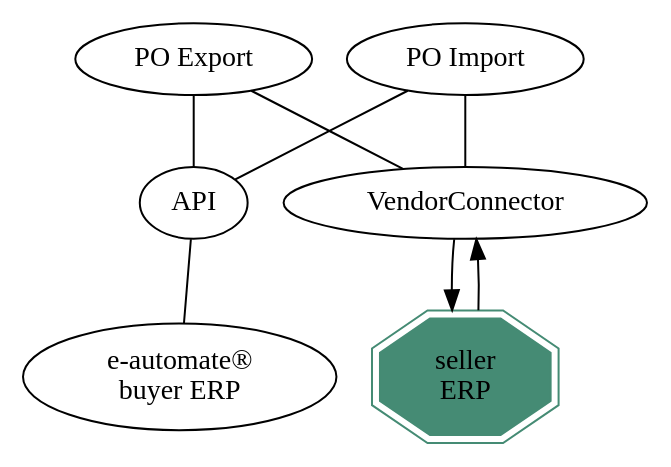
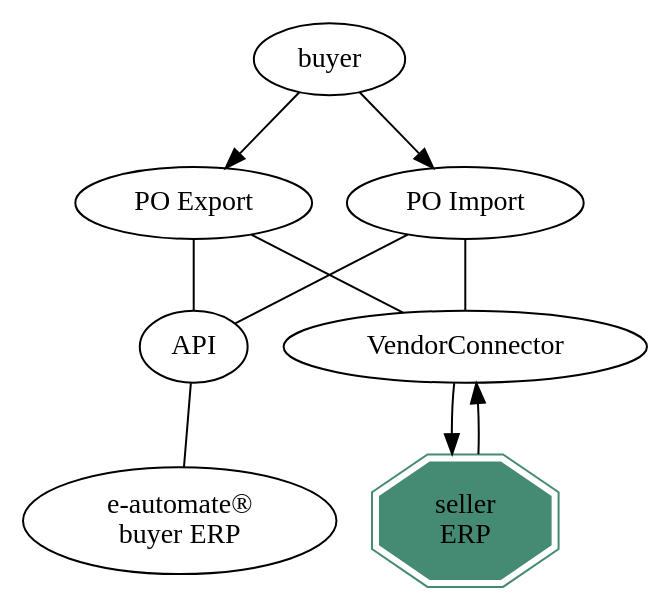
Before and after one commit to EciStg/order-placement: the first of 7 diagrams in overview.org, drawn with Graphviz. The commit also changed other lines of this file and 2 other files, not shown here.

```diff
--- a/overview.org
+++ b/overview.org
@@ -14,18 +14,20 @@
 #+BEGIN_SRC dot cmdline: -Kdot -Tpng :file ./images/vendor-connector.dot.png
   digraph {
     ea     [ label="e-automate®\nbuyer ERP" ]
     pip    [ label="API" ]
     poe    [ label="PO Export" ]
     poi    [ label="PO Import" ]
     seller [ label="seller\nERP" shape=doubleoctagon color=aquamarine4 style=filled ]
     vc     [ label="VendorConnector" ]
 
+    buyer -> poe;
+    buyer -> poi;
     pip -> ea    [ arrowhead="none" ];
     poe -> pip   [ arrowhead="none" ];
     poe -> vc    [ arrowhead="none" ];
     poi -> pip   [ arrowhead="none" ];
     poi -> vc    [ arrowhead="none" ];
     seller -> vc;
     vc -> seller;
   }
 #+END_SRC
```
